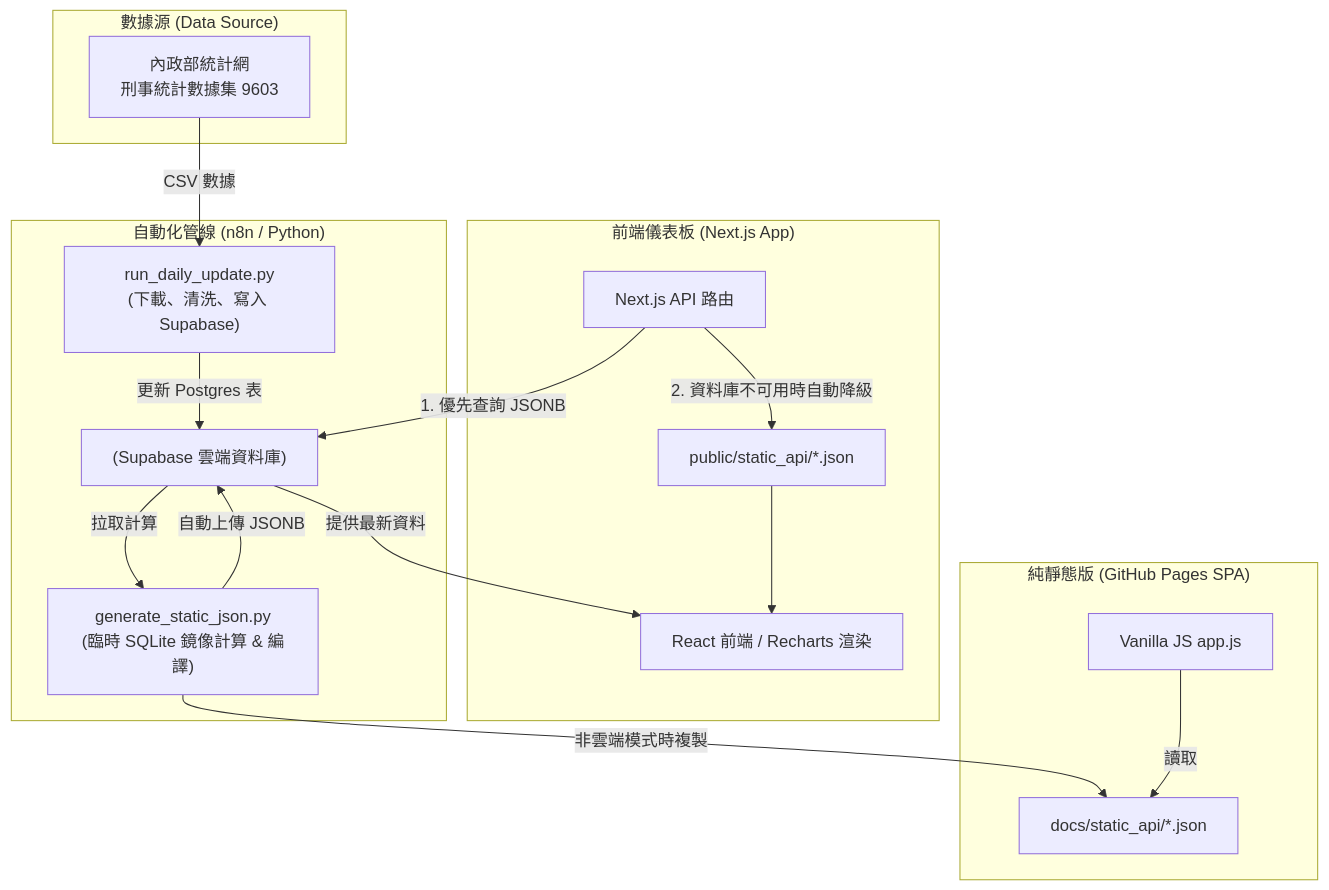
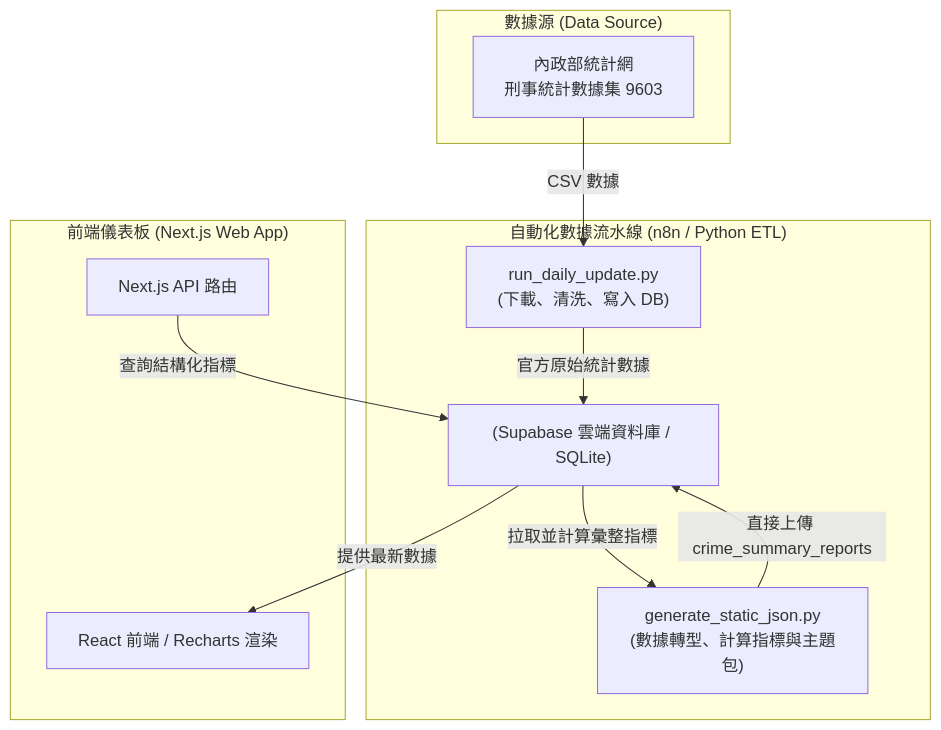
One commit to dec591nyc/Public-Safety-Integrity-Analytics changed the diagram in README.md. Above: the diagram before and after it, drawn with Mermaid. The commit also changed other lines of this file and 1168 other files, not shown here.

Commit message:
feat: implement ETL pipeline for cross-db support and scaffold Next.js dashboard with analytics components

````diff
--- a/README.md
+++ b/README.md
@@ -35,27 +36,20 @@
 ```mermaid
 flowchart TD
     subgraph "數據源 (Data Source)"
         A[內政部統計網\n刑事統計數據集 9603]
     end
 
-    subgraph "自動化管線 (n8n / Python)"
-        B["run_daily_update.py\n(下載、清洗、寫入 Supabase)"]
-        C["generate_static_json.py\n(臨時 SQLite 鏡像計算 & 編譯)"]
+    subgraph "自動化數據流水線 (n8n / Python ETL)"
+        B["run_daily_update.py\n(下載、清洗、寫入 DB)"]
+        C["generate_static_json.py\n(數據轉型、計算指標與主題包)"]
         A -->|CSV 數據| B
-        B -->|更新 Postgres 表| D["(Supabase 雲端資料庫)"]
-        D -->|拉取計算| C
-        C -->|自動上傳 JSONB| D
+        B -->|官方原始統計數據| D["(Supabase 雲端資料庫 / SQLite)"]
+        D -->|拉取並計算彙整指標| C
+        C -->|直接上傳 crime_summary_reports| D
     end
 
-    subgraph "前端儀表板 (Next.js App)"
-        F[Next.js API 路由] -->|1. 優先查詢 JSONB| D
-        F -->|2. 資料庫不可用時自動降級| G[public/static_api/*.json]
-        G --> H[React 前端 / Recharts 渲染]
-        D -->|提供最新資料| H
-    end
-
-    subgraph "純靜態版 (GitHub Pages SPA)"
-        C -->|非雲端模式時複製| I[docs/static_api/*.json]
-        J[Vanilla JS app.js] -->|讀取| I
+    subgraph "前端儀表板 (Next.js Web App)"
+        F[Next.js API 路由] -->|查詢結構化指標| D
+        D -->|提供最新數據| H[React 前端 / Recharts 渲染]
     end
 ```
````
